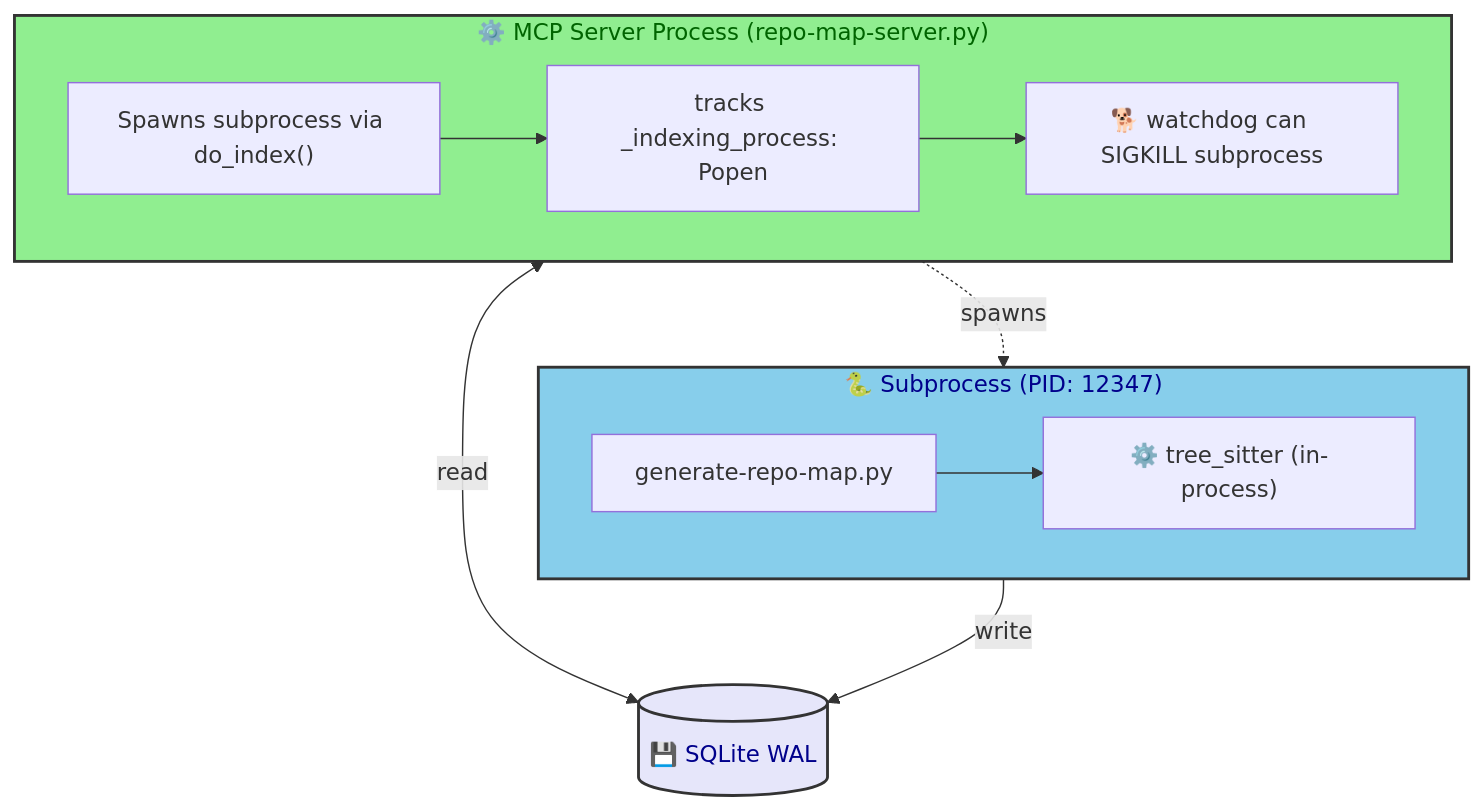
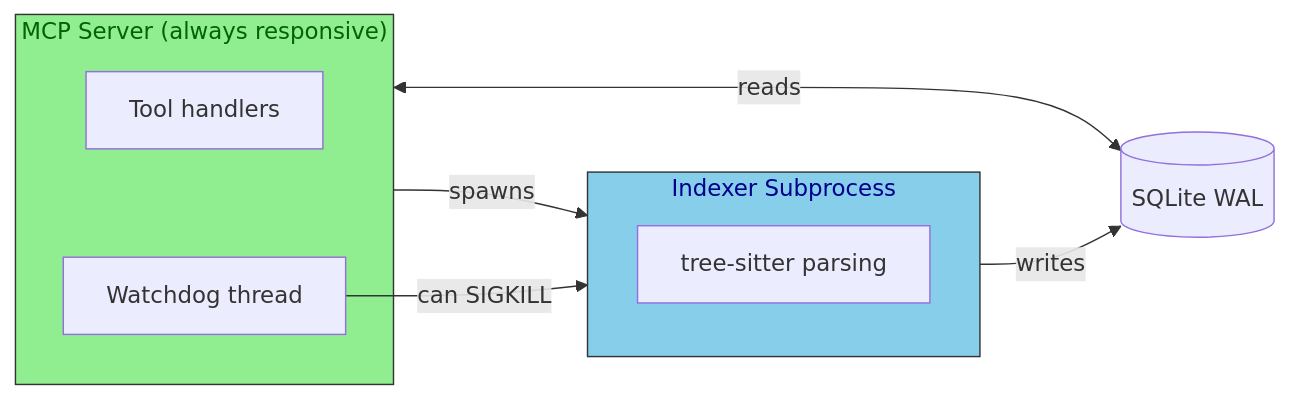
One commit to ChipFlow/context-daddy changed the third of 3 diagrams in docs/architecture.md. Above: the diagram before and after it, drawn with Mermaid. The commit also changed other lines of this file and 4 other files, not shown here.

First line of the commit message:
Improve documentation: architecture rewrite and project story

````diff
--- a/docs/architecture.md
+++ b/docs/architecture.md
@@ -181,30 +165,22 @@
 ```mermaid
-flowchart TB
-    subgraph MCP["⚙️ MCP Server Process (repo-map-server.py)"]
-        Spawn["Spawns subprocess via do_index()"]
-        Track["tracks _indexing_process: Popen"]
-        Watchdog["🐕 watchdog can SIGKILL subprocess"]
-        Spawn --> Track
-        Track --> Watchdog
+flowchart LR
+    subgraph MCP["MCP Server (always responsive)"]
+        Handler["Tool handlers"]
+        Watch["Watchdog thread"]
     end
 
-    MCP -.->|"spawns"| Sub
-
-    subgraph Sub["🐍 Subprocess (PID: 12347)"]
-        Script["generate-repo-map.py"]
-        TS["⚙️ tree_sitter (in-process)"]
-        Script --> TS
+    subgraph Sub["Indexer Subprocess"]
+        TS["tree-sitter parsing"]
     end
 
-    DB[(💾 SQLite WAL)]
-    MCP <-->|"read"| DB
-    Sub -->|"write"| DB
+    MCP -->|"spawns"| Sub
+    Watch -->|"can SIGKILL"| Sub
+    Sub -->|"writes"| DB[(SQLite WAL)]
+    MCP <-->|"reads"| DB
 
-    classDef current fill:#90EE90,stroke:#333,stroke-width:2px,color:darkgreen
-    classDef subprocess fill:#87CEEB,stroke:#333,stroke-width:2px,color:darkblue
-    classDef db fill:#E6E6FA,stroke:#333,stroke-width:2px,color:darkblue
+    classDef server fill:#90EE90,stroke:#333,color:darkgreen
+    classDef sub fill:#87CEEB,stroke:#333,color:darkblue
 
-    class MCP current
-    class Sub subprocess
-    class DB db
+    class MCP server
+    class Sub sub
 ```
````
